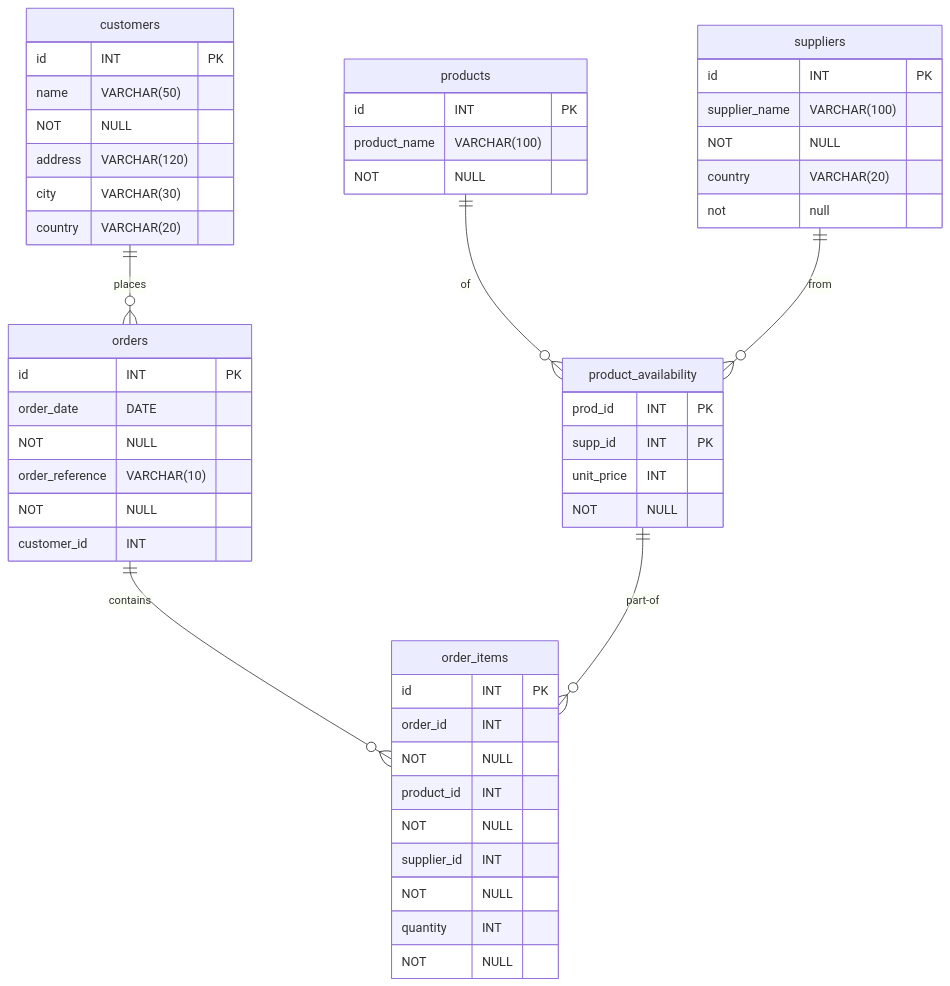
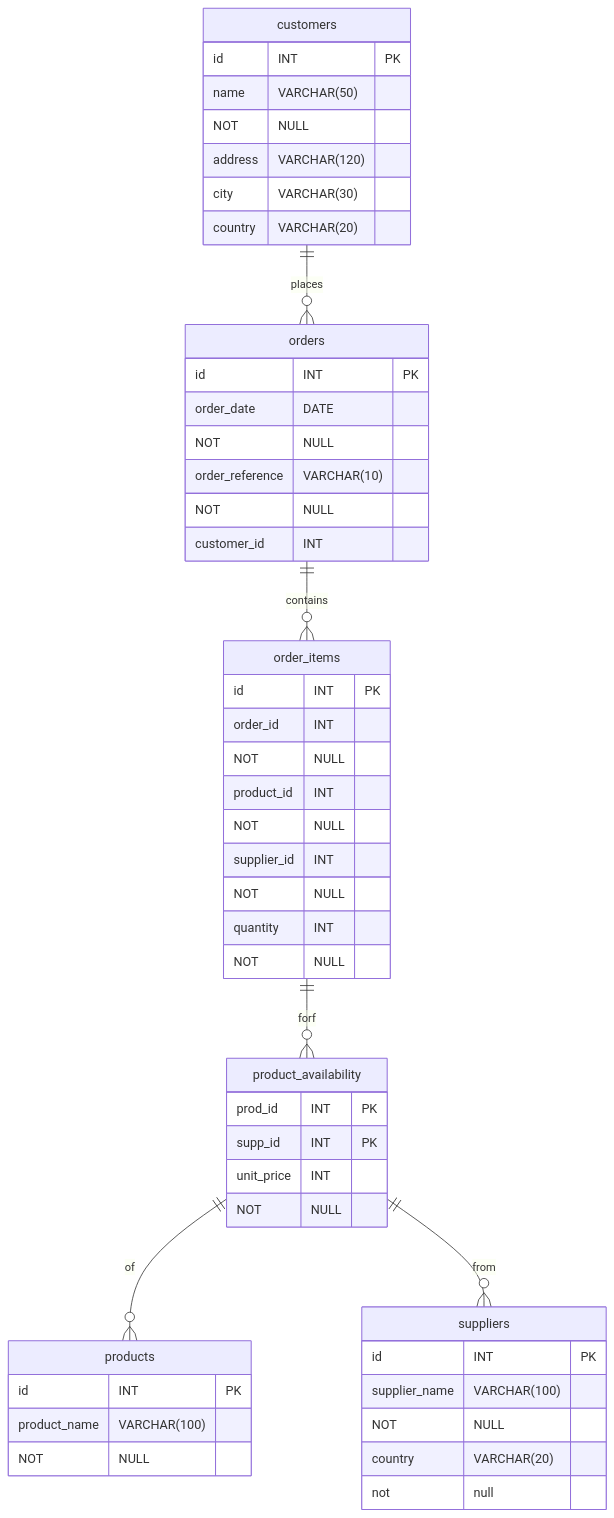
One commit to KeithBremer/Module-Databases changed the diagram in E-Commerce/solutions.md. Above: the diagram before and after it, drawn with Mermaid.

Commit message:
Fix diagram error (3)

````diff
--- a/E-Commerce/solutions.md
+++ b/E-Commerce/solutions.md
@@ -58,42 +58,42 @@
 ```mermaid
 erDiagram
     customers ||--o{ orders : places
     orders ||--o{ order_items : contains
-    products ||--o{ product_availability : of
-    suppliers ||--o{ product_availability : from
-    product_availability ||--o{ order_items : part-of
+    product_availability ||--o{ products : of
+    product_availability ||--o{ suppliers : from
+    order_items ||--o{ product_availability : forf
     customers {
         id INT PK
         name VARCHAR(50) NOT NULL
         address VARCHAR(120)
         city VARCHAR(30)
         country VARCHAR(20)
     }
     suppliers {
         id INT PK
         supplier_name VARCHAR(100) NOT NULL
         country VARCHAR(20) not null
     }
     products {
         id INT PK
         product_name VARCHAR(100) NOT NULL
     }
     product_availability {
         prod_id INT PK
         supp_id INT PK
         unit_price INT NOT NULL
     }
     orders {
         id INT PK
         order_date DATE NOT NULL
         order_reference VARCHAR(10) NOT NULL
         customer_id INT
     }
     order_items {
         id INT PK
         order_id INT NOT NULL
         product_id INT NOT NULL
         supplier_id INT NOT NULL
         quantity INT NOT NULL
     }
 ```
````
